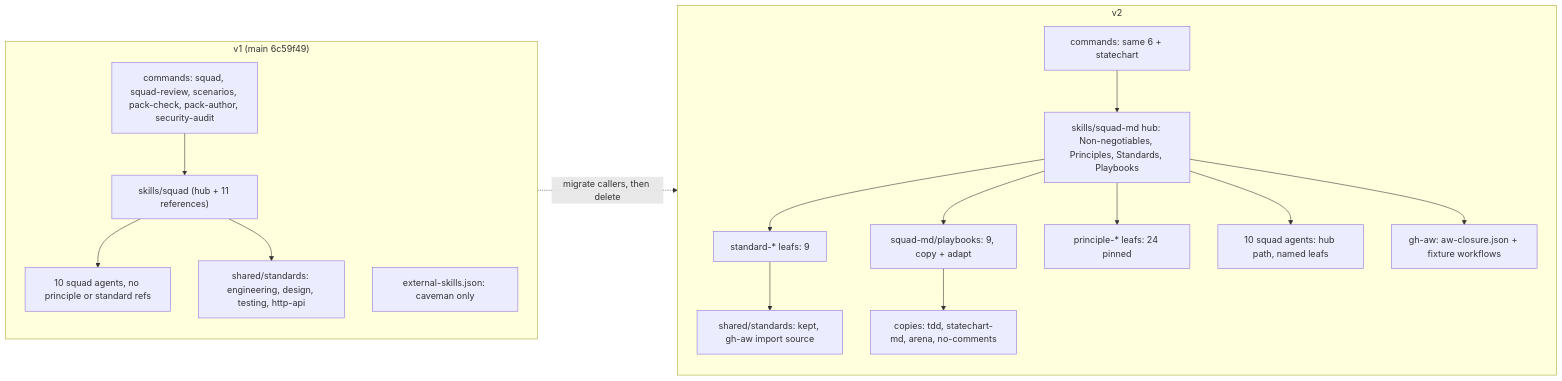
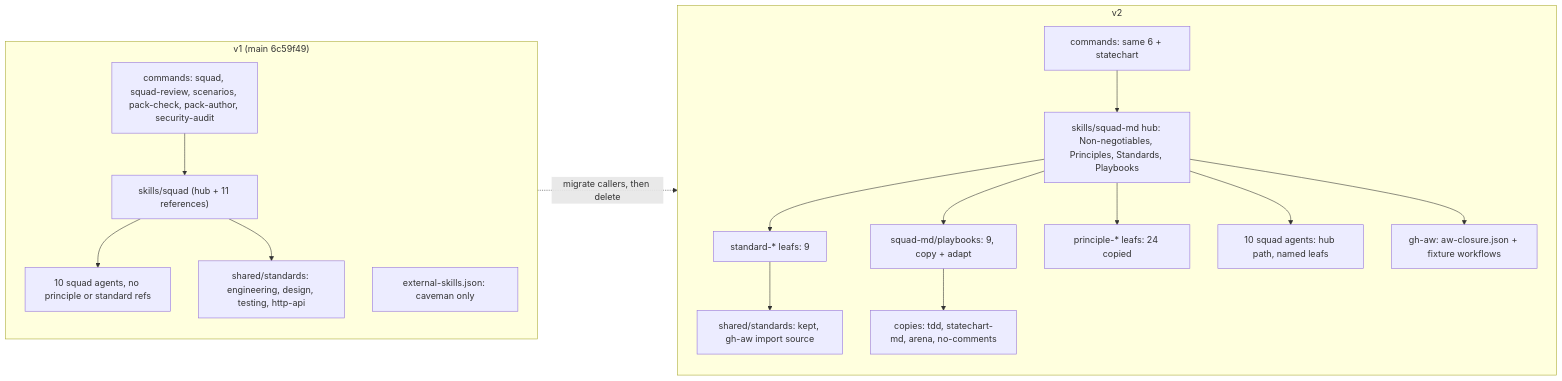
The diagram in docs/pbi/squad/MIGRATION.md (svennijhuis/agentPacks), drawn with Mermaid before and after one commit. The commit also changed other lines of this file and 37 other files, not shown here.

Commit message:
docs(pbi/squad): copy + adapt for all pstack and Matt skills, decision mermaid, full structure tree, every-file migration map, coverage table with deps, fork step 0 inventory, extension point, conflict table, fixture fork DoD, GA01-07 full template, rename 2500prs sources

````diff
--- a/docs/pbi/squad/MIGRATION.md
+++ b/docs/pbi/squad/MIGRATION.md
@@ -7,30 +7,30 @@
 ```mermaid
 flowchart LR
   subgraph v1["v1 (main 6c59f49)"]
     c1["commands: squad, squad-review, scenarios, pack-check, pack-author, security-audit"]
     h1["skills/squad (hub + 11 references)"]
     a1["10 squad agents, no principle or standard refs"]
     s1["shared/standards: engineering, design, testing, http-api"]
     p1["external-skills.json: caveman only"]
     c1 --> h1 --> a1
     h1 --> s1
   end
   subgraph v2["v2"]
     c2["commands: same 6 + statechart"]
     h2["skills/squad-md hub: Non-negotiables, Principles, Standards, Playbooks"]
     pb2["squad-md/playbooks: 9, copy + adapt"]
     st2["standard-* leafs: 9"]
-    pr2["principle-* leafs: 24 pinned"]
+    pr2["principle-* leafs: 24 copied"]
     k2["copies: tdd, statechart-md, arena, no-comments"]
     a2["10 squad agents: hub path, named leafs"]
     s2["shared/standards: kept, gh-aw import source"]
     g2["gh-aw: aw-closure.json + fixture workflows"]
     c2 --> h2 --> pb2
     h2 --> st2 --> s2
     h2 --> pr2
     pb2 --> k2
     h2 --> a2
     h2 --> g2
   end
   v1 -.migrate callers, then delete.-> v2
 ```
````
